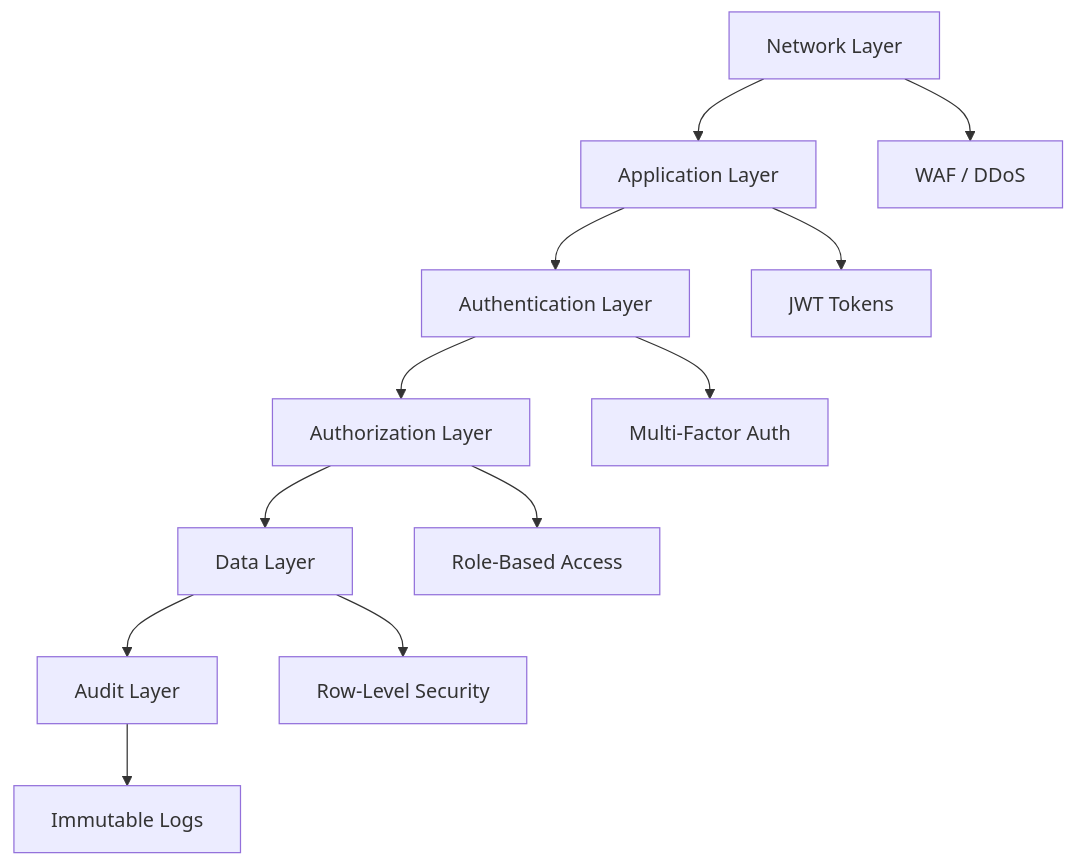
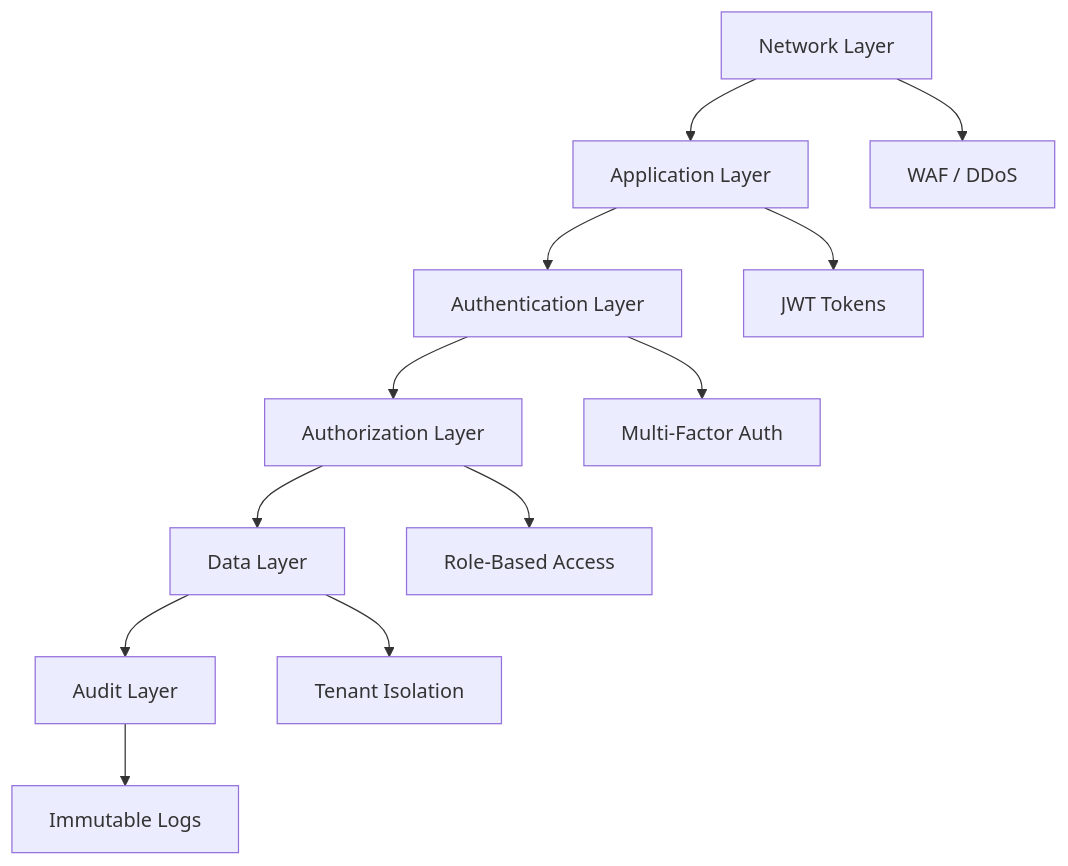
The first of 5 diagrams in docs/SECURITY_ACCESS_CONTROL_2025-11-01.md (Recon-X2025/guardian-flow), drawn with Mermaid before and after one commit. The commit also changed other lines of this file and 361 other files, not shown here.

````diff
--- a/docs/SECURITY_ACCESS_CONTROL_2025-11-01.md
+++ b/docs/SECURITY_ACCESS_CONTROL_2025-11-01.md
@@ -27,15 +27,15 @@
 ```mermaid
 graph TB
     NETWORK[Network Layer] --> APP[Application Layer]
     APP --> AUTH[Authentication Layer]
     AUTH --> AUTHZ[Authorization Layer]
     AUTHZ --> DATA[Data Layer]
     DATA --> AUDIT[Audit Layer]
     
     NETWORK --> WAF[WAF / DDoS]
     APP --> JWT[JWT Tokens]
     AUTH --> MFA[Multi-Factor Auth]
     AUTHZ --> RBAC[Role-Based Access]
-    DATA --> RLS[Row-Level Security]
+    DATA --> ISOLATION[Tenant Isolation]
     AUDIT --> IMMUTABLE[Immutable Logs]
 ```
````
